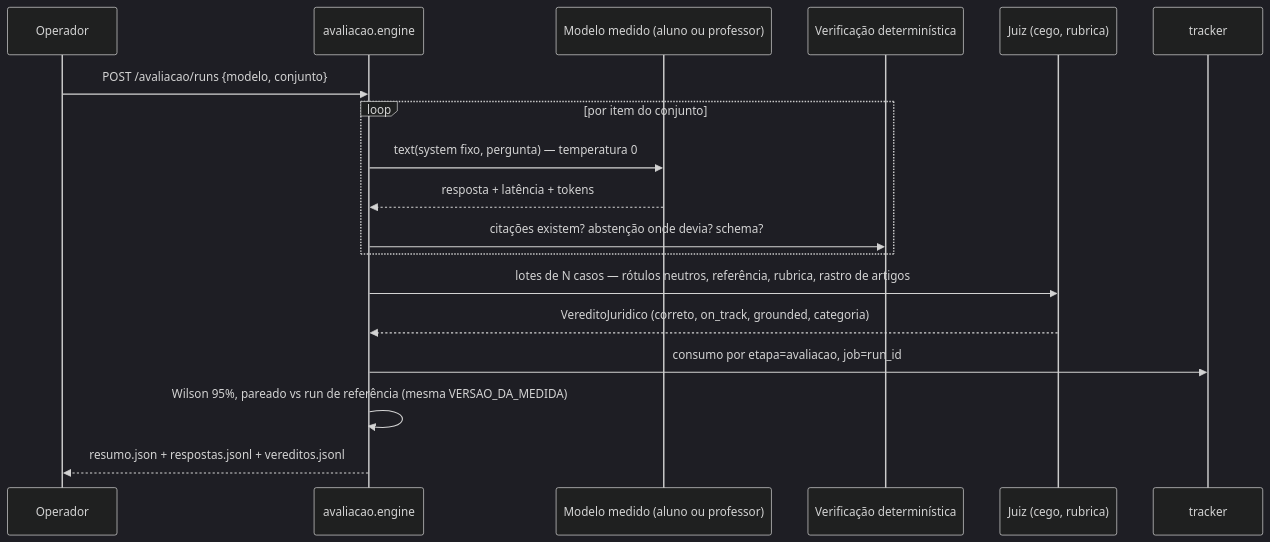
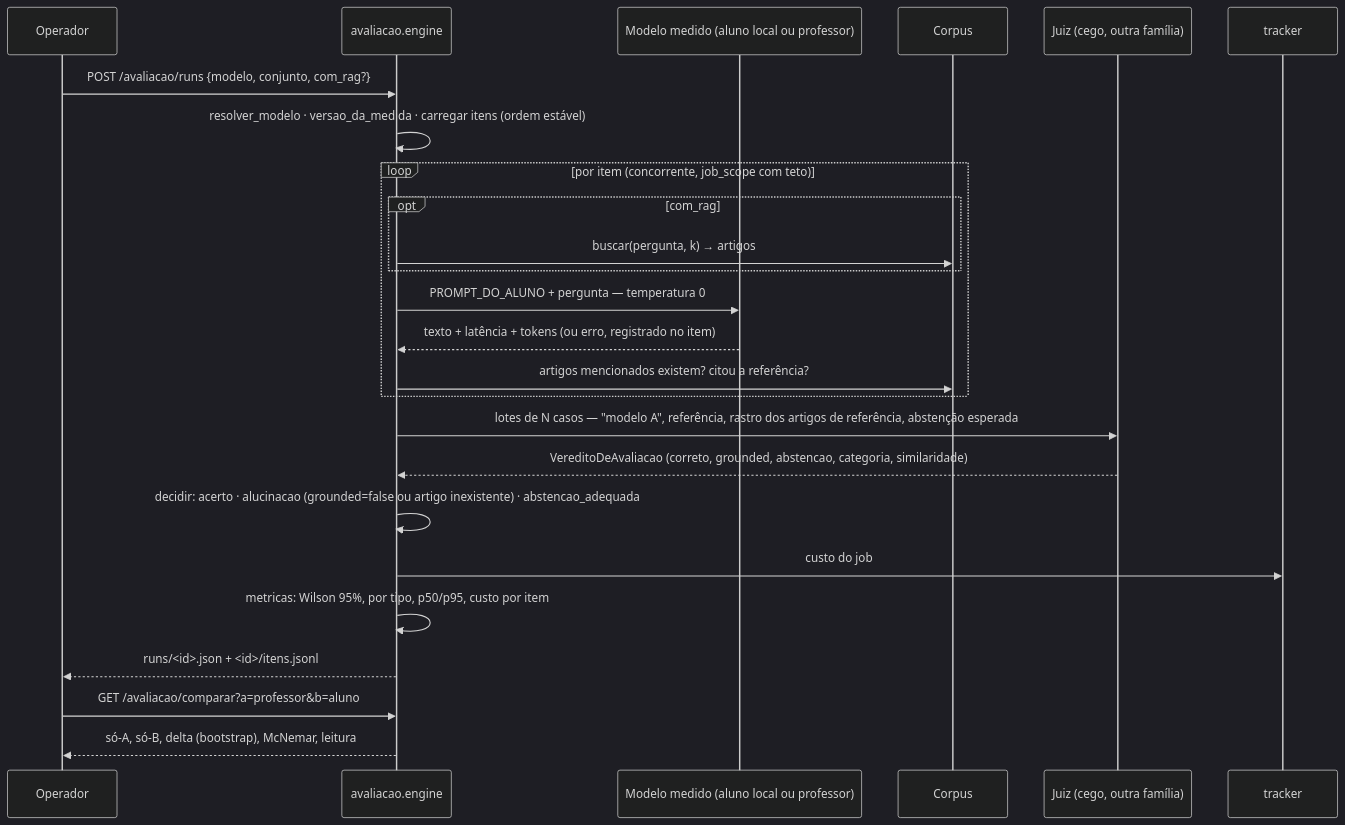
Before and after one commit to ramonmserra/slm-privacy-distill: diagram 11 of 11 in docs/ARQUITETURA.md, drawn with Mermaid (dark theme). The commit also changed other lines of this file and 72 other files, not shown here.

````diff
--- a/docs/ARQUITETURA.md
+++ b/docs/ARQUITETURA.md
@@ -380,21 +533,28 @@
 ```mermaid
 sequenceDiagram
     participant O as Operador
     participant E as avaliacao.engine
-    participant A as Modelo medido (aluno ou professor)
-    participant D as Verificação determinística
-    participant J as Juiz (cego, rubrica)
+    participant A as Modelo medido (aluno local ou professor)
+    participant C as Corpus
+    participant J as Juiz (cego, outra família)
     participant T as tracker
 
-    O->>E: POST /avaliacao/runs {modelo, conjunto}
-    loop por item do conjunto
-        E->>A: text(system fixo, pergunta) — temperatura 0
-        A-->>E: resposta + latência + tokens
-        E->>D: citações existem? abstenção onde devia? schema?
+    O->>E: POST /avaliacao/runs {modelo, conjunto, com_rag?}
+    E->>E: resolver_modelo · versao_da_medida · carregar itens (ordem estável)
+    loop por item (concorrente, job_scope com teto)
+        opt com_rag
+            E->>C: buscar(pergunta, k) → artigos
+        end
+        E->>A: PROMPT_DO_ALUNO + pergunta — temperatura 0
+        A-->>E: texto + latência + tokens (ou erro, registrado no item)
+        E->>C: artigos mencionados existem? citou a referência?
     end
-    E->>J: lotes de N casos — rótulos neutros, referência, rubrica, rastro de artigos
-    J-->>E: VereditoJuridico (correto, on_track, grounded, categoria)
-    E->>T: consumo por etapa=avaliacao, job=run_id
-    E->>E: Wilson 95%, pareado vs run de referência (mesma VERSAO_DA_MEDIDA)
-    E-->>O: resumo.json + respostas.jsonl + vereditos.jsonl
+    E->>J: lotes de N casos — "modelo A", referência, rastro dos artigos de referência, abstenção esperada
+    J-->>E: VereditoDeAvaliacao (correto, grounded, abstencao, categoria, similaridade)
+    E->>E: decidir: acerto · alucinacao (grounded=false ou artigo inexistente) · abstencao_adequada
+    E->>T: custo do job
+    E->>E: metricas: Wilson 95%, por tipo, p50/p95, custo por item
+    E-->>O: runs/<id>.json + <id>/itens.jsonl
+    O->>E: GET /avaliacao/comparar?a=professor&b=aluno
+    E-->>O: só-A, só-B, delta (bootstrap), McNemar, leitura
 ```
````
